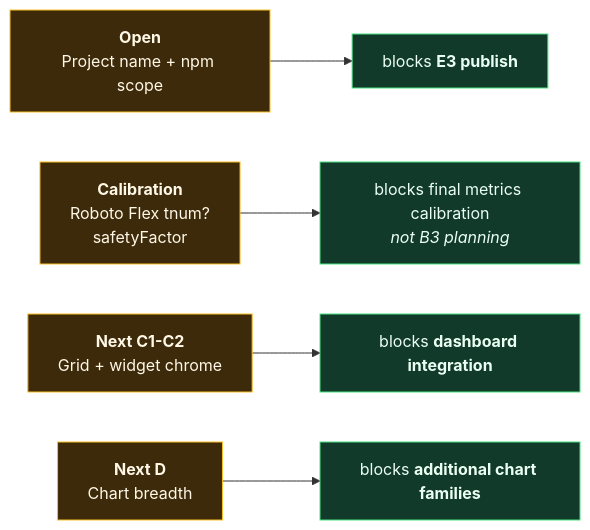
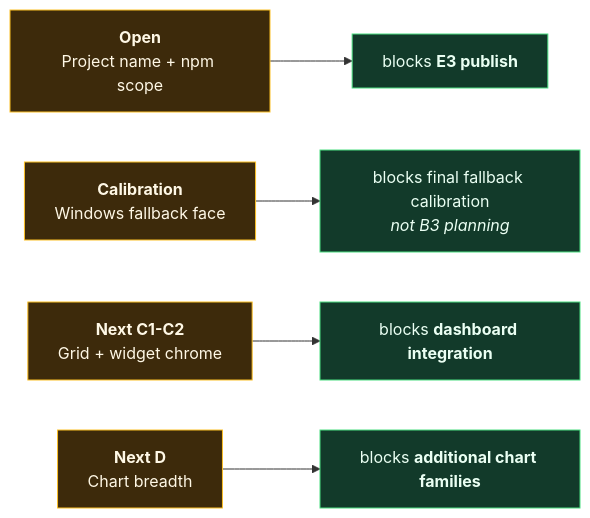
The second of 3 diagrams in research/maps/02-implementation-flow.md (DeshpandeBoy/Defence-Charts), drawn with Mermaid before and after one commit. The commit also changed other lines of this file and 33 other files, not shown here.

````diff
--- a/research/maps/02-implementation-flow.md
+++ b/research/maps/02-implementation-flow.md
@@ -67,12 +67,12 @@
 ```mermaid
 flowchart LR
     o1["<b>Open</b><br/>Project name + npm scope"] --> t1["blocks <b>E3 publish</b>"]
-    o2["<b>Calibration</b><br/>Roboto Flex tnum?<br/>safetyFactor"] --> t2["blocks final metrics calibration<br/><i>not B3 planning</i>"]
+    o2["<b>Calibration</b><br/>Windows fallback face"] --> t2["blocks final fallback calibration<br/><i>not B3 planning</i>"]
     o3["<b>Next C1-C2</b><br/>Grid + widget chrome"] --> t3["blocks <b>dashboard integration</b>"]
     o4["<b>Next D</b><br/>Chart breadth"] --> t4["blocks <b>additional chart families</b>"]
 
     classDef q fill:#3d2a0b,stroke:#fbbf24,color:#fff8e6
     classDef r fill:#123a2a,stroke:#4ade80,color:#eafff3
     class o1,o2,o3,o4 q
     class t1,t2,t3,t4 r
 ```
````
